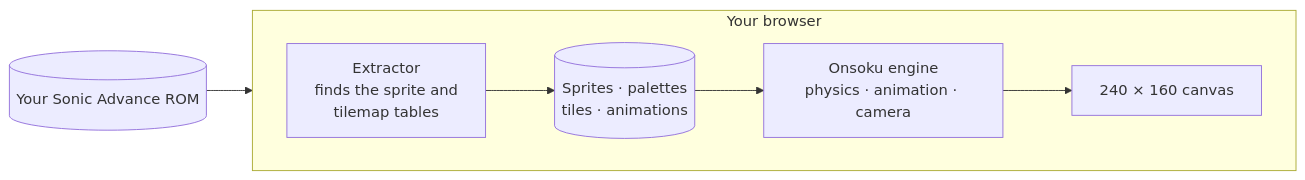
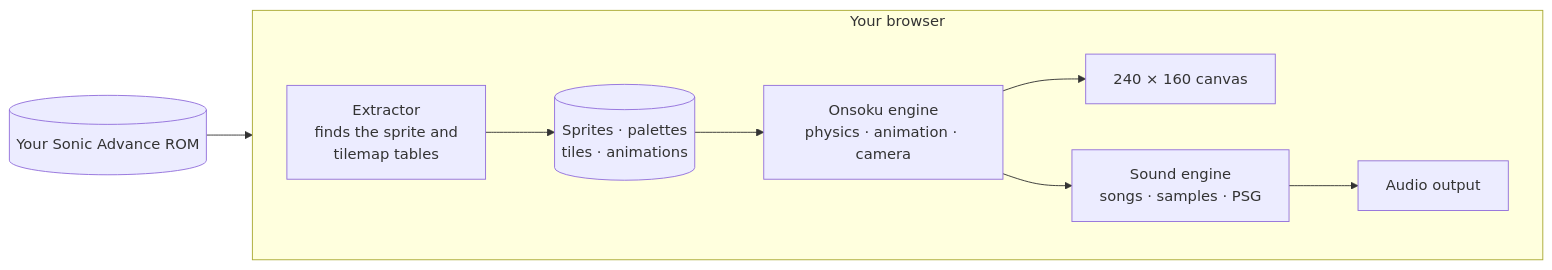
Before and after one commit to NahuelGenchi/onsoku-advance: the first of 2 diagrams in README.md, drawn with Mermaid. The commit also changed other lines of this file and 17 other files, not shown here.

First line of the commit message:
feat: sound and music from the ROM, with the original sound engine (#20) (#21)

````diff
--- a/README.md
+++ b/README.md
@@ -82,13 +82,16 @@
 ```mermaid
 flowchart LR
     rom[("Your Sonic Advance ROM")]
     subgraph browser["Your browser"]
         direction LR
         ext["Extractor<br/>finds the sprite and<br/>tilemap tables"]
         data[("Sprites · palettes<br/>tiles · animations")]
         engine["Onsoku engine<br/>physics · animation · camera"]
         screen["240 × 160 canvas"]
+        sound["Sound engine<br/>songs · samples · PSG"]
+        speakers["Audio output"]
         ext --> data --> engine --> screen
+        engine --> sound --> speakers
     end
     rom --> ext
 ```
````
